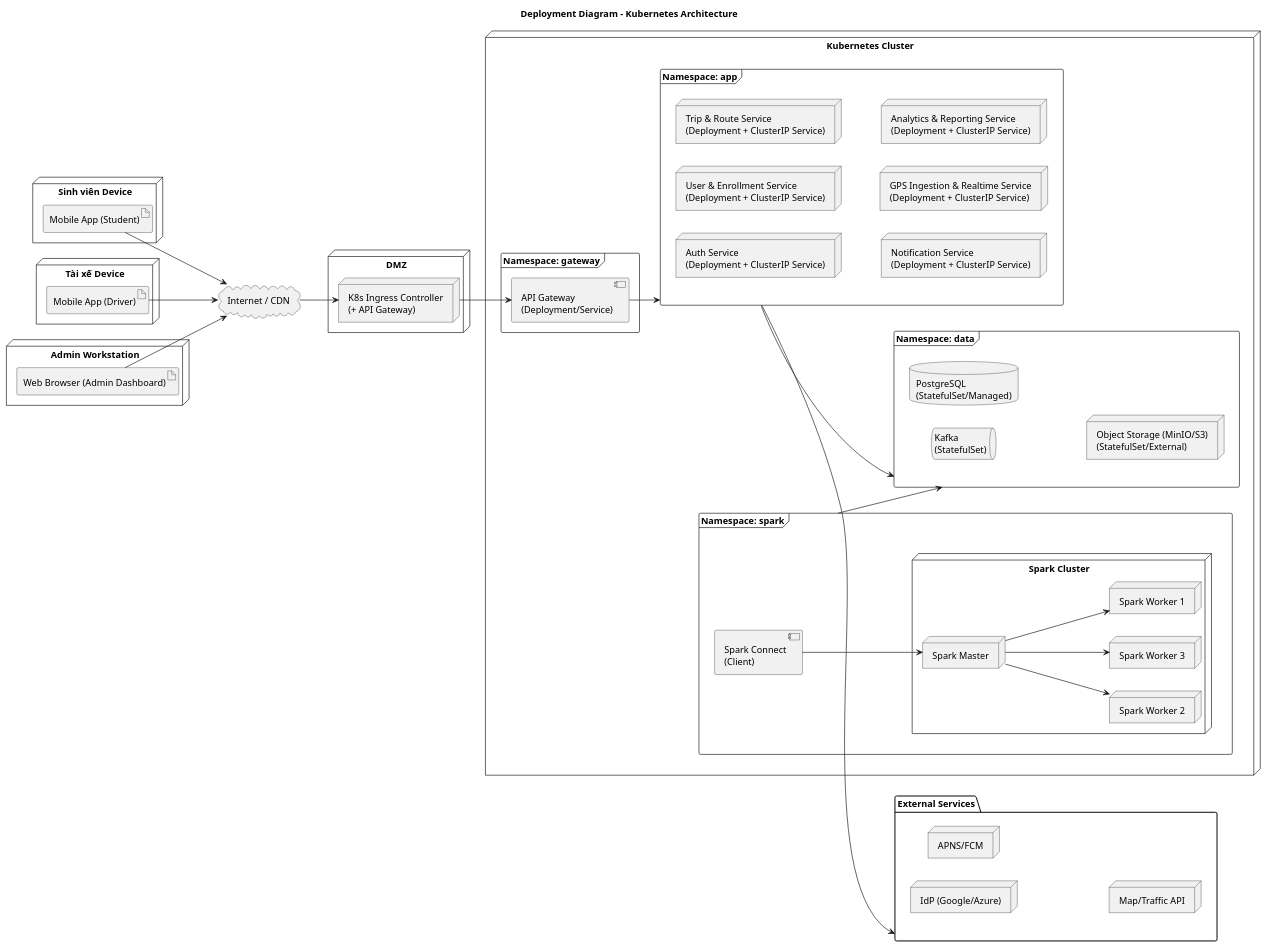
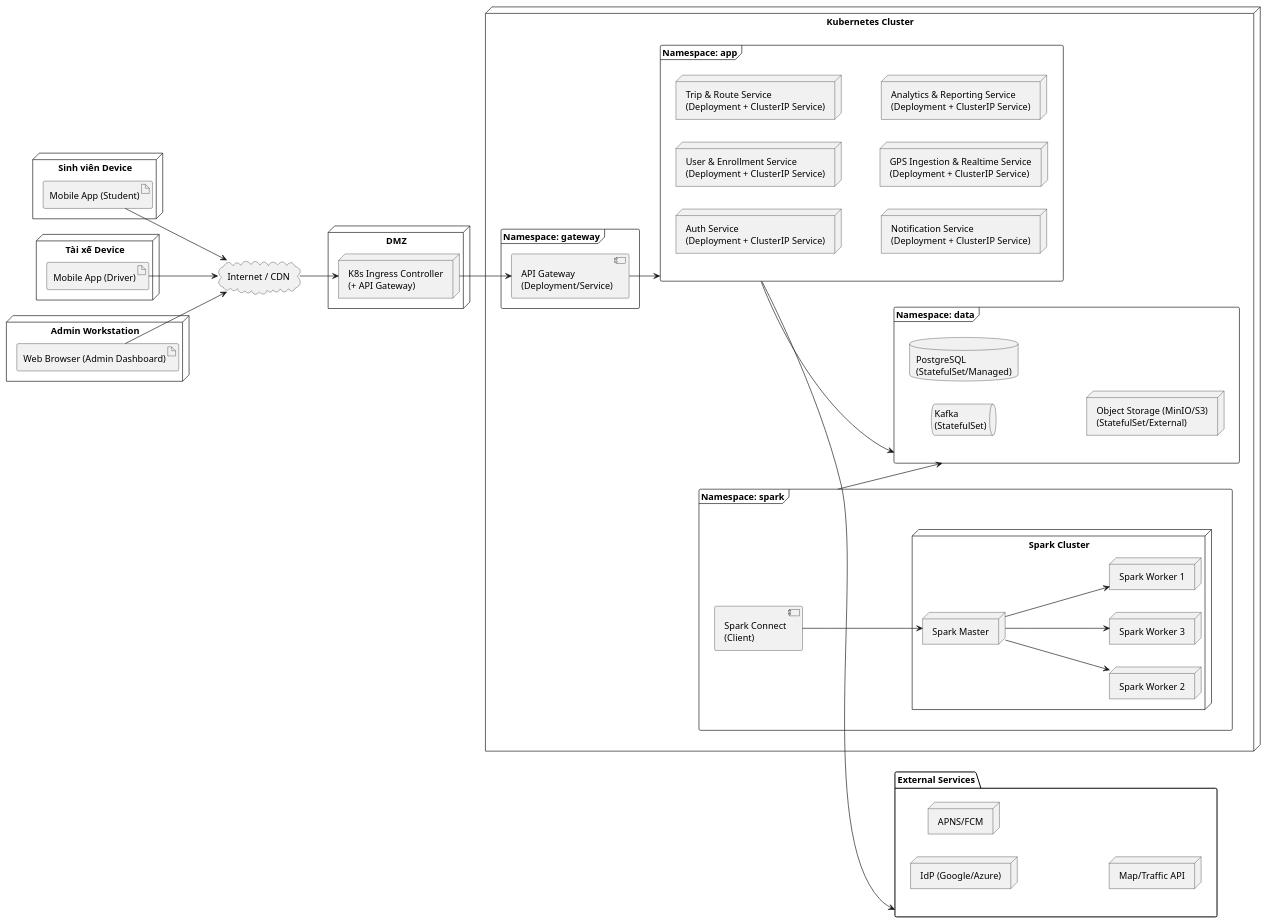
One commit to phuongbv00/hust-bus-stop changed the diagram in docs/uml/deployment.puml. Above: the diagram before and after it, drawn with PlantUML. The commit also changed 5 other files, not shown here.

Commit message:
docs: update diagrams

```diff
--- a/docs/uml/deployment.puml
+++ b/docs/uml/deployment.puml
@@ -1,86 +1,83 @@
 @startuml
-'title updated to reflect K8s-based deployment aligned with component architecture
-Title Deployment Diagram - Kubernetes Architecture
-
 left to right direction
 
 ' Client devices
 node "Sinh viên Device" {
   artifact "Mobile App (Student)" as AppStudent
 }
 node "Tài xế Device" {
   artifact "Mobile App (Driver)" as AppDriver
 }
 node "Admin Workstation" {
   artifact "Web Browser (Admin Dashboard)" as Browser
 }
 
 cloud "Internet / CDN" as CDN
 
 node "DMZ" {
   node "K8s Ingress Controller\n(+ API Gateway)" as Ingress
 }
 
 node "Kubernetes Cluster" as K8s {
   frame "Namespace: gateway" as ns_gw {
     component "API Gateway\n(Deployment/Service)" as APIGW
   }
 
   frame "Namespace: app" as ns_app {
     node "Auth Service\n(Deployment + ClusterIP Service)" as Auth
     node "User & Enrollment Service\n(Deployment + ClusterIP Service)" as UserSvc
     node "Trip & Route Service\n(Deployment + ClusterIP Service)" as TripSvc
     node "Notification Service\n(Deployment + ClusterIP Service)" as NotifSvc
     node "GPS Ingestion & Realtime Service\n(Deployment + ClusterIP Service)" as GPSSvc
     node "Analytics & Reporting Service\n(Deployment + ClusterIP Service)" as AnalyticsSvc
   }
 
   frame "Namespace: data" as ns_data {
     queue "Kafka\n(StatefulSet)" as Kafka
     database "PostgreSQL\n(StatefulSet/Managed)" as DB
     node "Object Storage (MinIO/S3)\n(StatefulSet/External)" as S3
   }
 
   frame "Namespace: spark" as ns_spark {
     node "Spark Cluster" as SparkCluster {
       node "Spark Master" as SparkMaster
       node "Spark Worker 1" as SparkW1
       node "Spark Worker 2" as SparkW2
       node "Spark Worker 3" as SparkW3
     }
     component "Spark Connect\n(Client)" as SparkConnect
   }
 
   ' Spark internal wiring
   SparkConnect --> SparkMaster
   SparkMaster --> SparkW1
   SparkMaster --> SparkW2
   SparkMaster --> SparkW3
 }
 
 package "External Services" {
   node "IdP (Google/Azure)" as IdP
   node "APNS/FCM" as Push
   node "Map/Traffic API" as MapAPI
 }
 
 ' Client connections via CDN -> Ingress -> Gateway
 AppStudent --> CDN
 AppDriver --> CDN
 Browser --> CDN
 CDN --> Ingress
 Ingress --> APIGW
 
 ' Gateway routes to internal microservices (simplified via namespace)
 APIGW --> ns_app
 
 ' Service-to-data interactions (simplified via namespace)
 ns_app --> ns_data
 ns_spark --> ns_data
 
 ' External integrations (simplified via namespace)
 ns_app --> "External Services"
 
 
 
 @enduml
```
